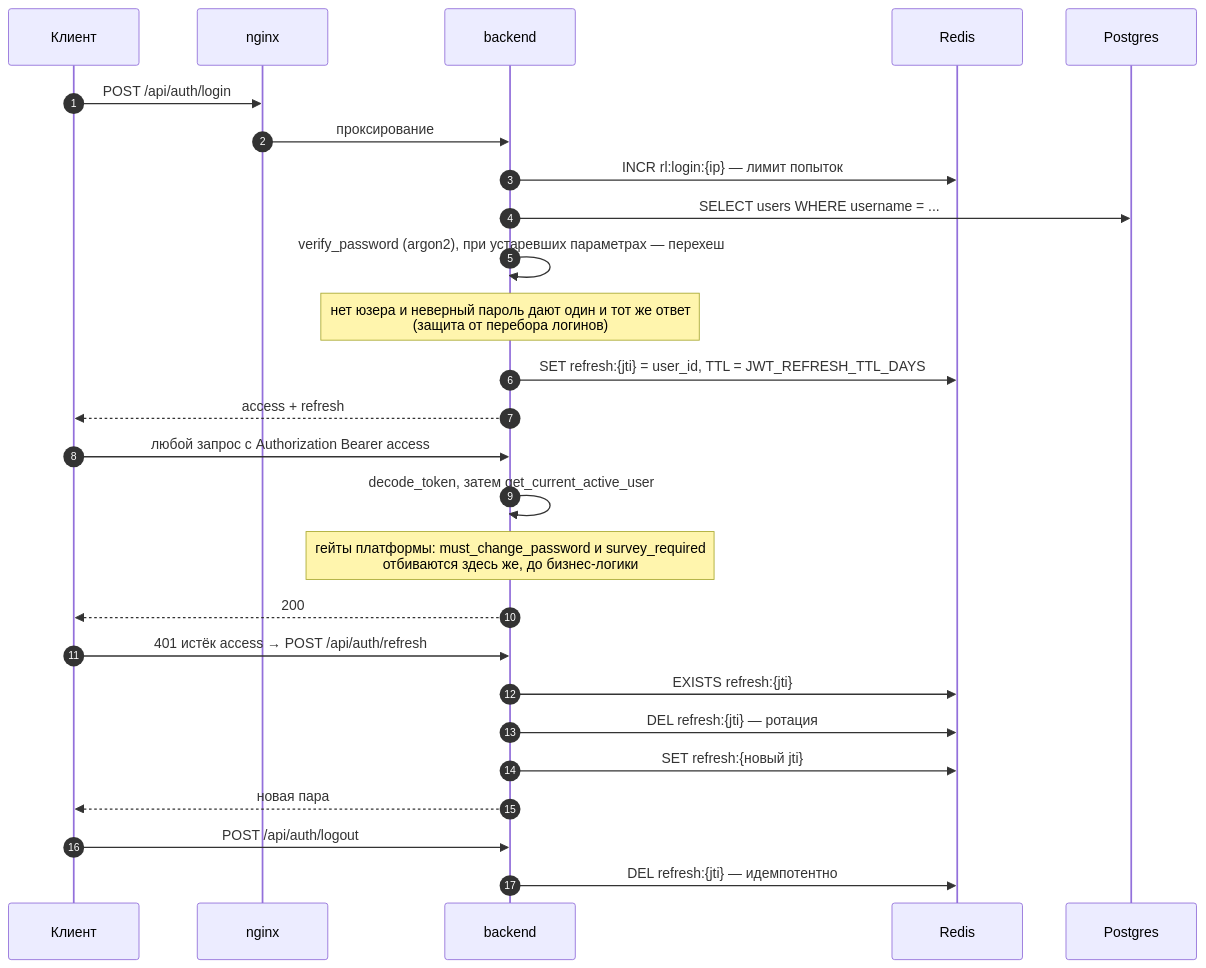
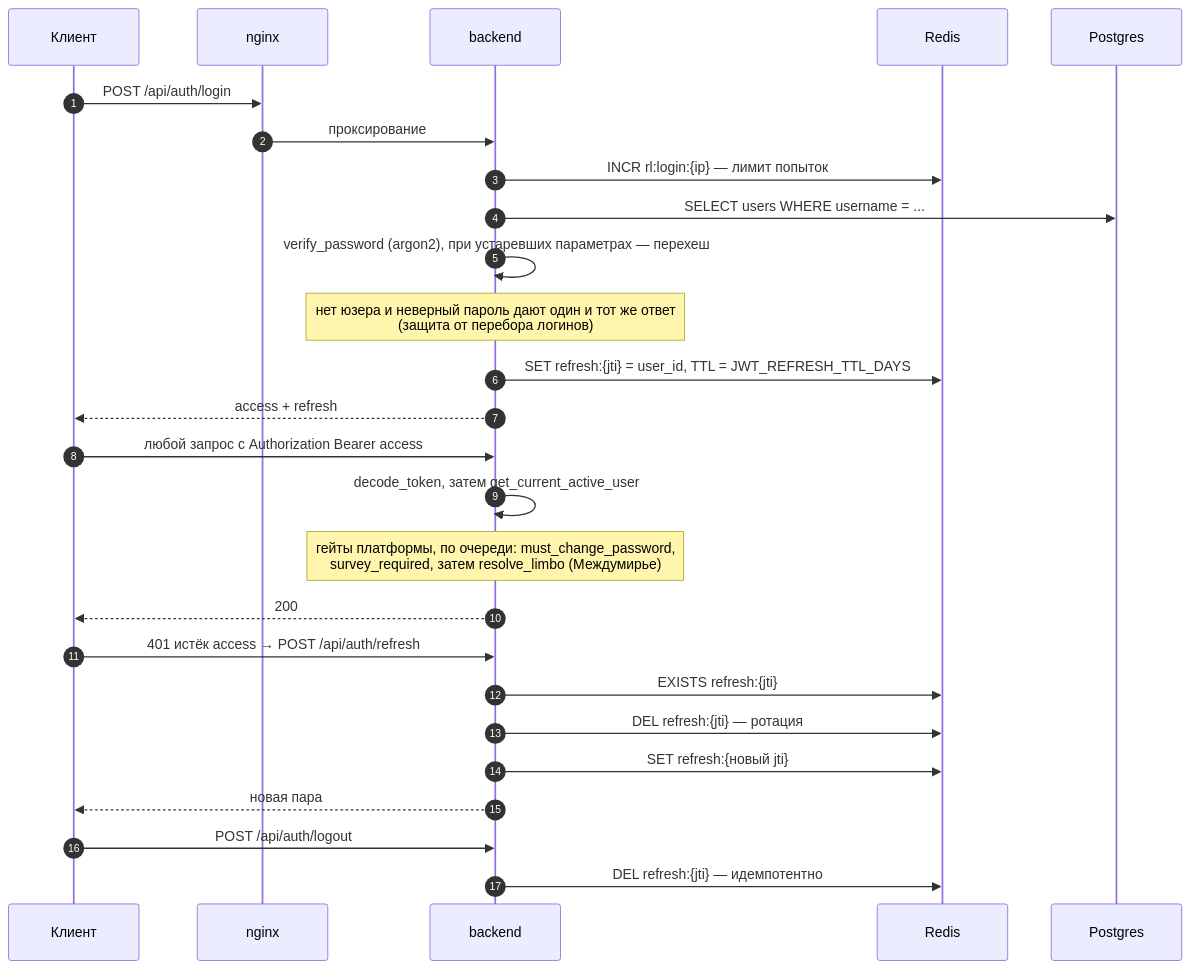
One commit to code-tamer3000/argonautica-platfrorm changed diagram 13 of 20 in docs/ARCHITECTURE.md. Above: the diagram before and after it, drawn with Mermaid. The commit also changed other lines of this file, not shown here.

First line of the commit message:
docs: синхронизировать ARCHITECTURE.md с реальностью бэкенда

````diff
--- a/docs/ARCHITECTURE.md
+++ b/docs/ARCHITECTURE.md
@@ -603,32 +808,32 @@
 ```mermaid
 sequenceDiagram
     autonumber
     participant C as Клиент
     participant N as nginx
     participant A as backend
     participant R as Redis
     participant P as Postgres
 
     C->>N: POST /api/auth/login
     N->>A: проксирование
     A->>R: INCR rl:login:{ip} — лимит попыток
     A->>P: SELECT users WHERE username = ...
     A->>A: verify_password (argon2), при устаревших параметрах — перехеш
     Note over A: нет юзера и неверный пароль дают один и тот же ответ<br/>(защита от перебора логинов)
     A->>R: SET refresh:{jti} = user_id, TTL = JWT_REFRESH_TTL_DAYS
     A-->>C: access + refresh
 
     C->>A: любой запрос с Authorization Bearer access
     A->>A: decode_token, затем get_current_active_user
-    Note over A: гейты платформы: must_change_password и survey_required<br/>отбиваются здесь же, до бизнес-логики
+    Note over A: гейты платформы, по очереди: must_change_password,<br/>survey_required, затем resolve_limbo (Междумирье)
     A-->>C: 200
 
     C->>A: 401 истёк access → POST /api/auth/refresh
     A->>R: EXISTS refresh:{jti}
     A->>R: DEL refresh:{jti} — ротация
     A->>R: SET refresh:{новый jti}
     A-->>C: новая пара
 
     C->>A: POST /api/auth/logout
     A->>R: DEL refresh:{jti} — идемпотентно
 ```
````
